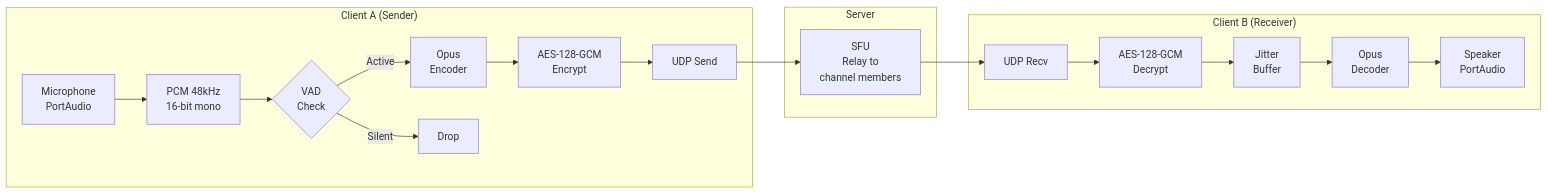
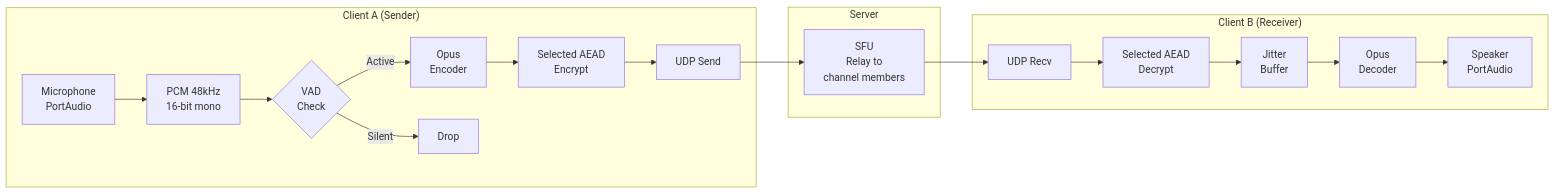
One commit to NicolasHaas/gospeak changed the fourth of 4 diagrams in docs/protocol.md. Above: the diagram before and after it, drawn with Mermaid. The commit also changed other lines of this file and 32 other files, not shown here.

````diff
--- a/docs/protocol.md
+++ b/docs/protocol.md
@@ -217,26 +217,26 @@
 ```mermaid
 graph LR
     subgraph "Client A (Sender)"
         MIC[Microphone<br/>PortAudio] --> PCM[PCM 48kHz<br/>16-bit mono]
         PCM --> VAD{VAD<br/>Check}
         VAD -->|Active| ENC[Opus<br/>Encoder]
         VAD -->|Silent| DROP[Drop]
-        ENC --> ENCRYPT[AES-128-GCM<br/>Encrypt]
+        ENC --> ENCRYPT[Selected AEAD<br/>Encrypt]
         ENCRYPT --> UDP_OUT[UDP Send]
     end
 
     UDP_OUT --> SFU
 
     subgraph Server
         SFU[SFU<br/>Relay to<br/>channel members]
     end
 
     SFU --> UDP_IN
 
     subgraph "Client B (Receiver)"
-        UDP_IN[UDP Recv] --> DECRYPT[AES-128-GCM<br/>Decrypt]
+        UDP_IN[UDP Recv] --> DECRYPT[Selected AEAD<br/>Decrypt]
         DECRYPT --> JITTER[Jitter<br/>Buffer]
         JITTER --> DEC[Opus<br/>Decoder]
         DEC --> SPK[Speaker<br/>PortAudio]
     end
 ```
````
